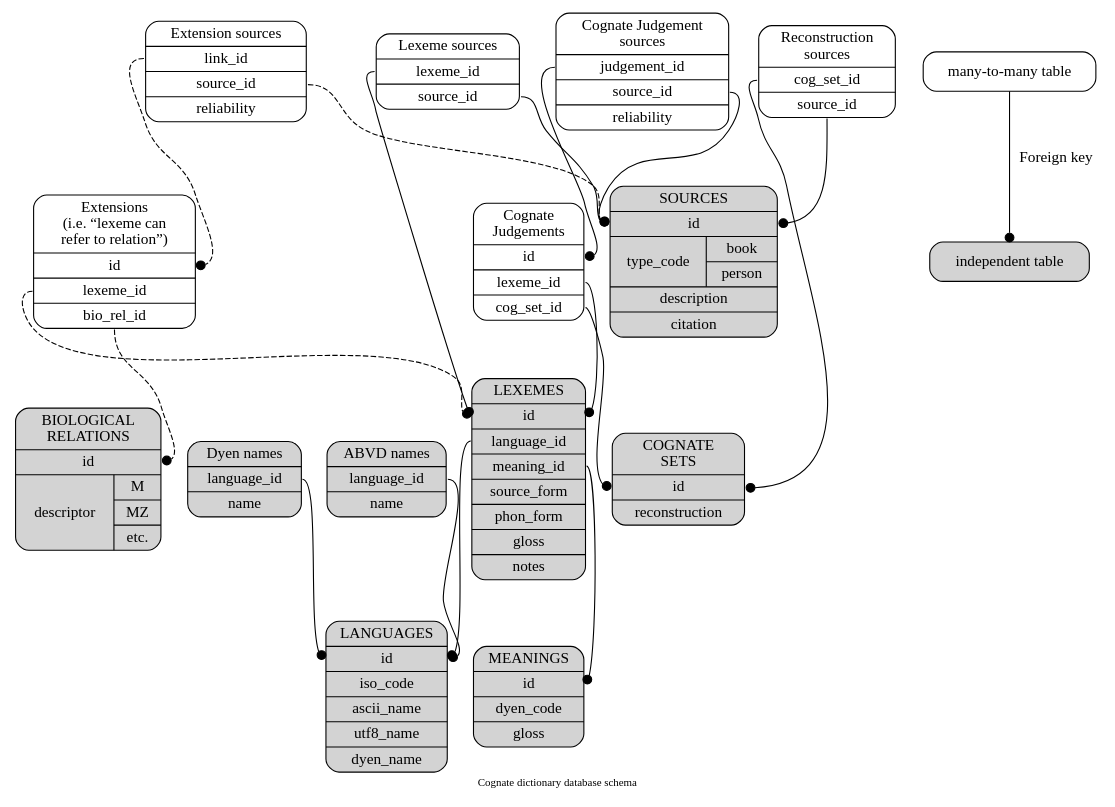
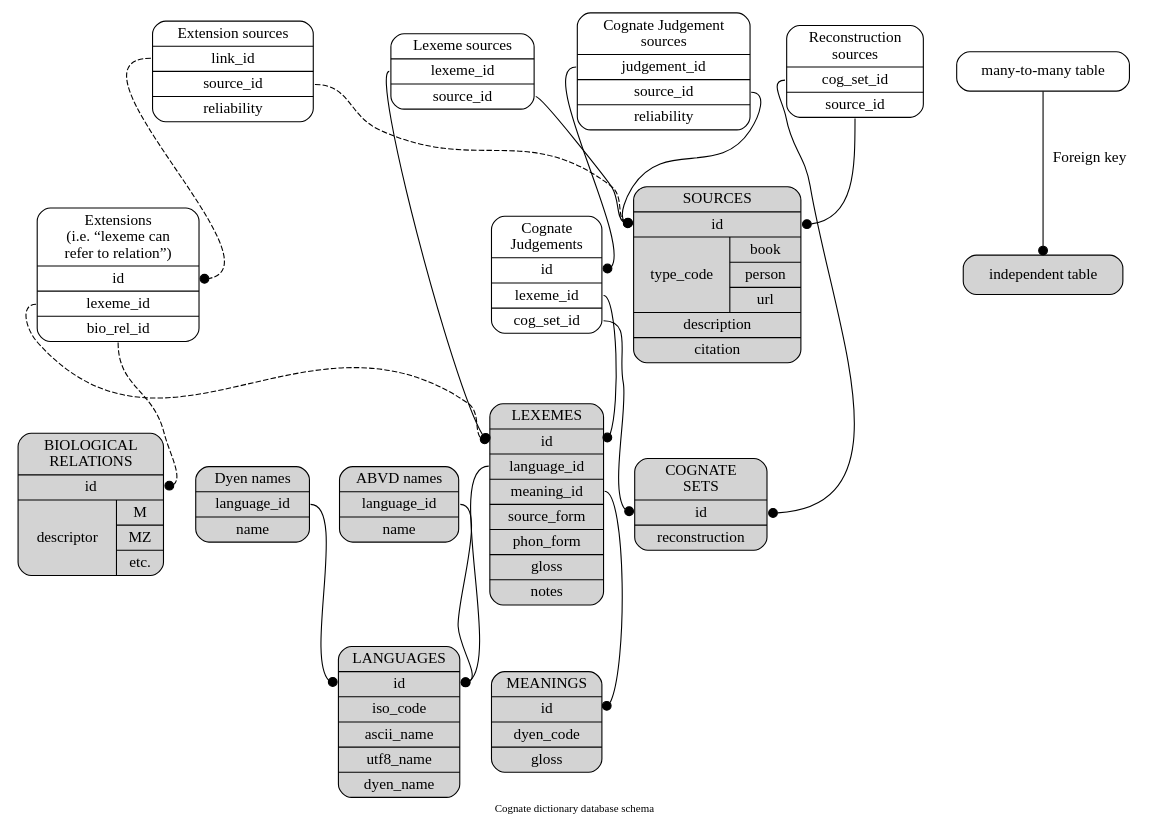
Before and after one commit to lingdb/CoBL-public: the diagram in database_structure.dot, drawn with Graphviz. The commit also changed 7 other files, not shown here.

```diff
--- a/database_structure.dot
+++ b/database_structure.dot
@@ -1,76 +1,76 @@
 digraph g { // neato -Tpdf -O database_structure.dot
   ordering=out;
   fontsize=10;
   overlap=scale;
   splines=true;
   sep=0.2;
   ratio=0.7;
   label="Cognate dictionary database schema";
   node [shape=Mrecord];
   edge [arrowhead=dot];
 
   lexeme [pos="2,3!",style=filled,
 	label="{LEXEMES |<id> id |<lid> language_id |<mid> meaning_id | source_form | phon_form | gloss | notes }"];
   source [pos="7,3!",style=filled,
-	label="{SOURCES |<id> id |{type_code |{book | person}}| description | citation }"];
+	label="{SOURCES |<id> id |{type_code |{book | person | url}}| description | citation }"];
   meaning [pos="1,2!",style=filled,
 	label="{MEANINGS |<id> id | dyen_code | gloss }"];
   language [pos="1,4!",style=filled,
 	label="{LANGUAGES |<id> id | iso_code | ascii_name | utf8_name | dyen_name}"];
   cogset [pos="4,4!",style=filled,
 	label="{COGNATE\nSETS |<id> id | reconstruction}"];
   biological [pos="4,1!",style=filled,
 	label="{BIOLOGICAL\nRELATIONS | <id> id |{descriptor |{M | MZ | etc.}}}"];
   dyen_name [pos="0,4.5!",style=filled,
 	label="{Dyen names |<lid> language_id | name}"];
   abvd_name [pos="0,3.5!",style=filled,
 	label="{ABVD names |<lid> language_id | name}"];
   key1 [pos="0,1!", label="independent table", style=filled];
   key2 [pos="2,1!", label="many-to-many table"];
   key2 -> key1 [label="Foreign key"];
 
   // Many to many tables
   judgement [pos="3,4.5!",
 	label="{Cognate\nJudgements |<id> id |<fid> lexeme_id |<cid> cog_set_id}"];
   formsource [pos="5,3!",
 	label="{Lexeme sources |<fid> lexeme_id |<sid> source_id}"];
   judgesource [pos="5,5!",
 	label="{Cognate Judgement\nsources |<jid> judgement_id |<sid> source_id | reliability}"];
   cogsource [pos="5,4!",
 	label="{Reconstruction\n sources |<cid> cog_set_id |<sid> source_id}"];
   formbio [pos="3,2!",
 	label="{Extensions\n(i.e. “lexeme can\n  refer to relation”) |<id> id |<fid> lexeme_id |<bid> bio_rel_id}"];
   biosource [pos="5,2!",
 	label="{Extension sources |<lid> link_id |<sid> source_id | reliability}"];
 
   // meaning [pos="1,1!"];	
   // language [pos="1,2!"];
   // lexeme [pos="2,1.5!"];
   // formsource [pos="4,1!"];
   // judgesource [pos="4.5,2.5!"];
   // cogsource [pos="5,1.5!"];
   // source [pos="6,1.5!"];
   // cogset [pos="4,1.5!"];
   // judgement [pos="3,2!"];
   // biological [pos="4,0!"];
   // formbio [pos="3,0.5!"];
 
   judgement:fid -> lexeme:id [weight=8]; 
   judgement:cid -> cogset:id [weight=8];
   formsource:fid -> lexeme:id;
   formsource:sid -> source:id;
   judgesource:jid -> judgement:id;
   judgesource:sid -> source:id;
   cogsource:cid -> cogset:id;
   cogsource:sid -> source:id;
   lexeme:lid -> language:id;
   lexeme:mid -> meaning:id;
 
   formbio:fid -> lexeme:id [style=dashed];
   formbio:bid -> biological:id [style=dashed];
   biosource:lid -> formbio:id [style=dashed];
   biosource:sid -> source:id [style=dashed];
 
   dyen_name:lid -> language:id;
   abvd_name:lid -> language:id;
 }
```
